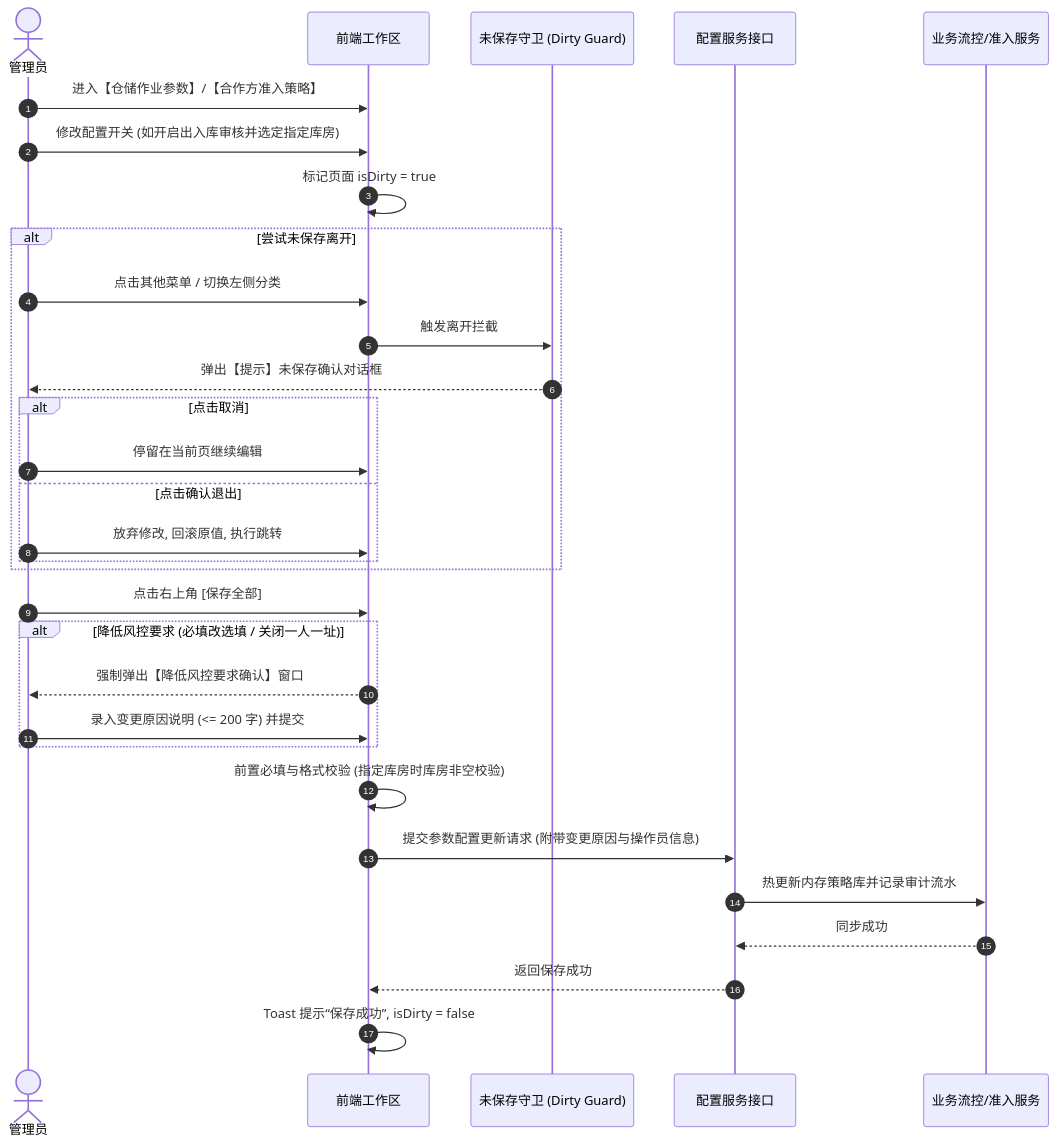
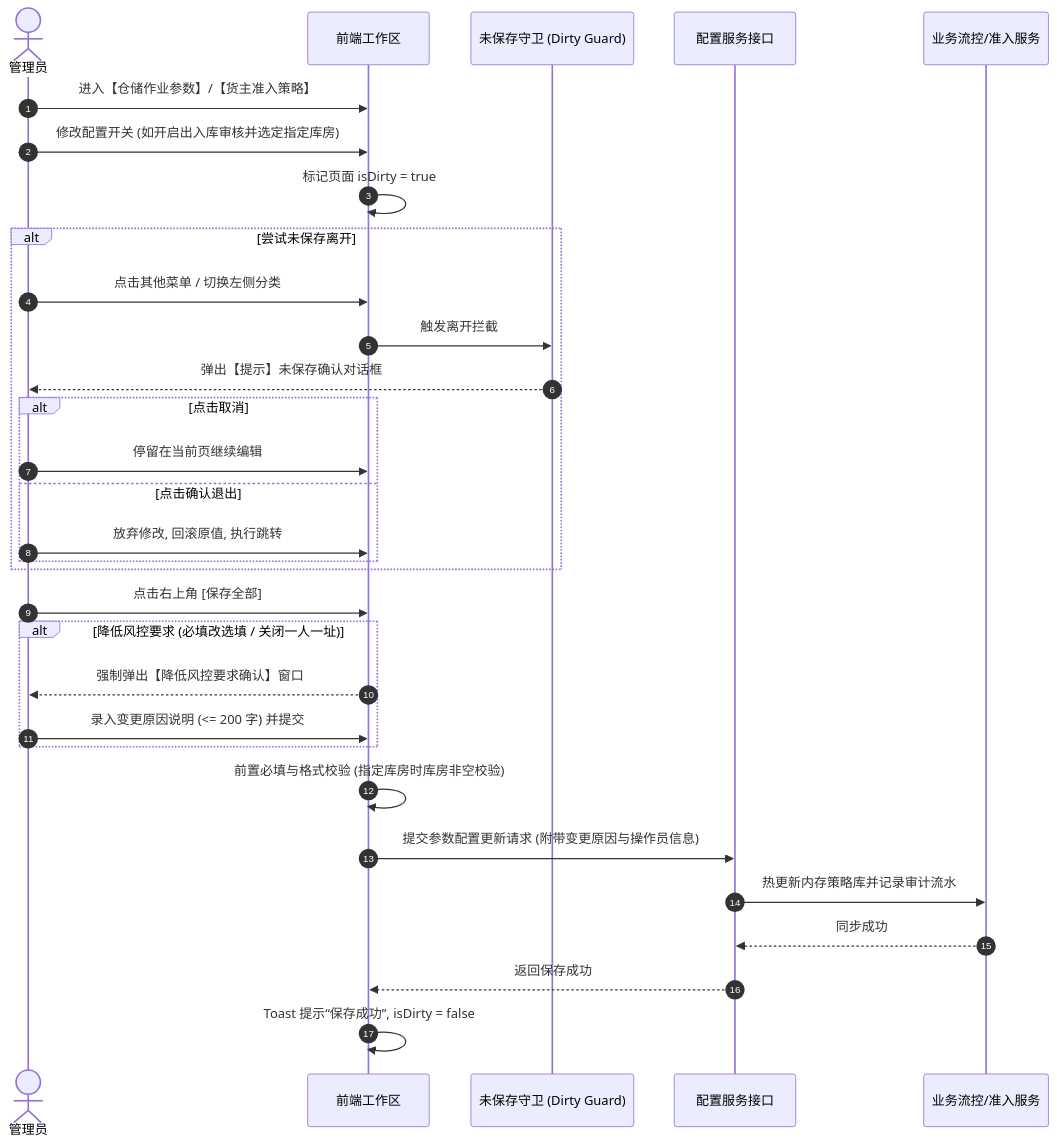
Before and after one commit to RobertHuang999/SYZC: the second of 4 diagrams in 02-PRD文档/B-迭代需求/6.3版本（2026.09）/02-平台管理-基础配置/基础配置业务规则规格.md, drawn with Mermaid. The commit also changed other lines of this file and 163 other files, not shown here.

````diff
--- a/02-PRD文档/B-迭代需求/6.3版本（2026.09）/02-平台管理-基础配置/基础配置业务规则规格.md
+++ b/02-PRD文档/B-迭代需求/6.3版本（2026.09）/02-平台管理-基础配置/基础配置业务规则规格.md
@@ -76,36 +76,36 @@
 ```mermaid
 sequenceDiagram
     autonumber
     actor Admin as 管理员
     participant UI as 前端工作区
     participant Guard as 未保存守卫 (Dirty Guard)
     participant API as 配置服务接口
     participant Hub as 业务流控/准入服务
 
-    Admin->>UI: 进入【仓储作业参数】/【合作方准入策略】
+    Admin->>UI: 进入【仓储作业参数】/【货主准入策略】
     Admin->>UI: 修改配置开关 (如开启出入库审核并选定指定库房)
     UI->>UI: 标记页面 isDirty = true
 
     alt 尝试未保存离开
         Admin->>UI: 点击其他菜单 / 切换左侧分类
         UI->>Guard: 触发离开拦截
         Guard-->>Admin: 弹出【提示】未保存确认对话框
         alt 点击取消
             Admin->>UI: 停留在当前页继续编辑
         else 点击确认退出
             Admin->>UI: 放弃修改, 回滚原值, 执行跳转
         end
     end
 
     Admin->>UI: 点击右上角 [保存全部]
     alt 降低风控要求 (必填改选填 / 关闭一人一址)
         UI-->>Admin: 强制弹出【降低风控要求确认】窗口
         Admin->>UI: 录入变更原因说明 (<= 200 字) 并提交
     end
     UI->>UI: 前置必填与格式校验 (指定库房时库房非空校验)
     UI->>API: 提交参数配置更新请求 (附带变更原因与操作员信息)
     API->>Hub: 热更新内存策略库并记录审计流水
     Hub-->>API: 同步成功
     API-->>UI: 返回保存成功
     UI->>UI: Toast 提示“保存成功”, isDirty = false
 ```
````
